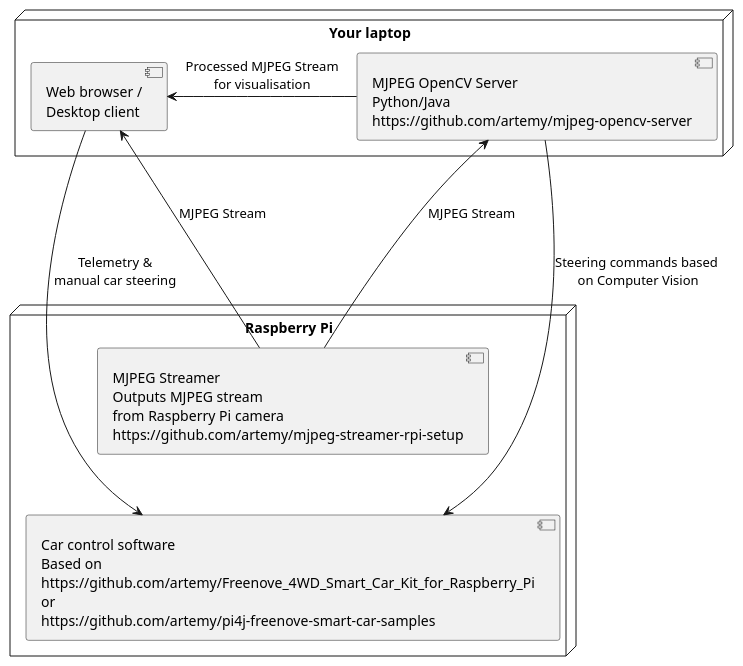
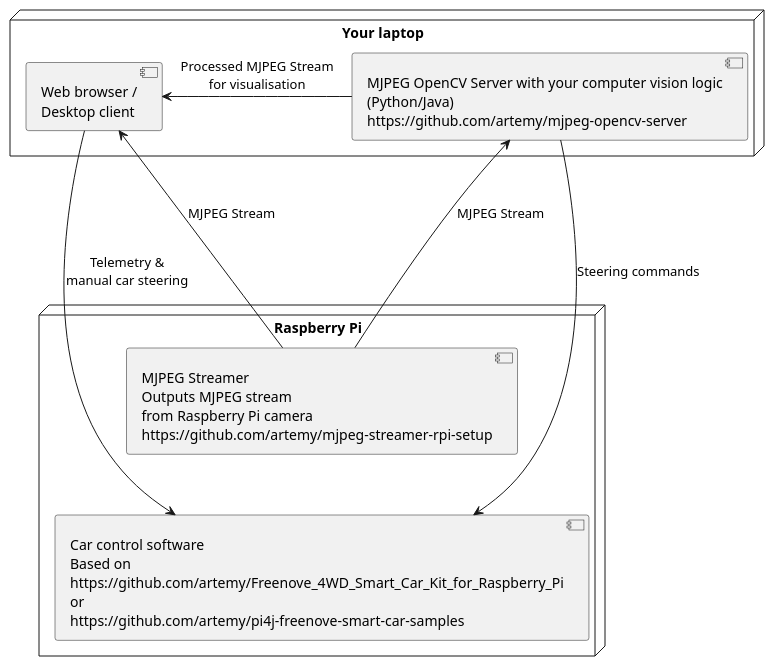
Before and after one commit to pmattiollo/mjpeg-opencv-server: the diagram in setup.puml, drawn with PlantUML. The commit also changed 1 other file, not shown here.

Commit message:
Update setup architecture

```diff
--- a/setup.puml
+++ b/setup.puml
@@ -1,34 +1,34 @@
 @startuml
 node "Your laptop" {
     component mjpgOpenCV [
-        MJPEG OpenCV Server
-        Python/Java
+        MJPEG OpenCV Server with your computer vision logic
+        (Python/Java)
         https://github.com/artemy/mjpeg-opencv-server
     ]
     component "Web browser /\nDesktop client" as wb
 }
 
 node "Raspberry Pi" {
    component mjpgStreamer [
        MJPEG Streamer
        Outputs MJPEG stream
        from Raspberry Pi camera
        https://github.com/artemy/mjpeg-streamer-rpi-setup
    ]
    component carControl [
        Car control software
        Based on
        https://github.com/artemy/Freenove_4WD_Smart_Car_Kit_for_Raspberry_Pi
        or
        https://github.com/artemy/pi4j-freenove-smart-car-samples
    ]
 }
 
 mjpgStreamer -u-> mjpgOpenCV : MJPEG Stream
 wb <- mjpgOpenCV :Processed MJPEG Stream\nfor visualisation
 mjpgStreamer -u-> wb: MJPEG Stream
 wb -d---> carControl : Telemetry &\nmanual car steering
-mjpgOpenCV -d--> carControl : Steering commands based\n on Computer Vision
+mjpgOpenCV -d--> carControl : Steering commands
 
 mjpgStreamer --[hidden]> carControl
 @enduml
```
